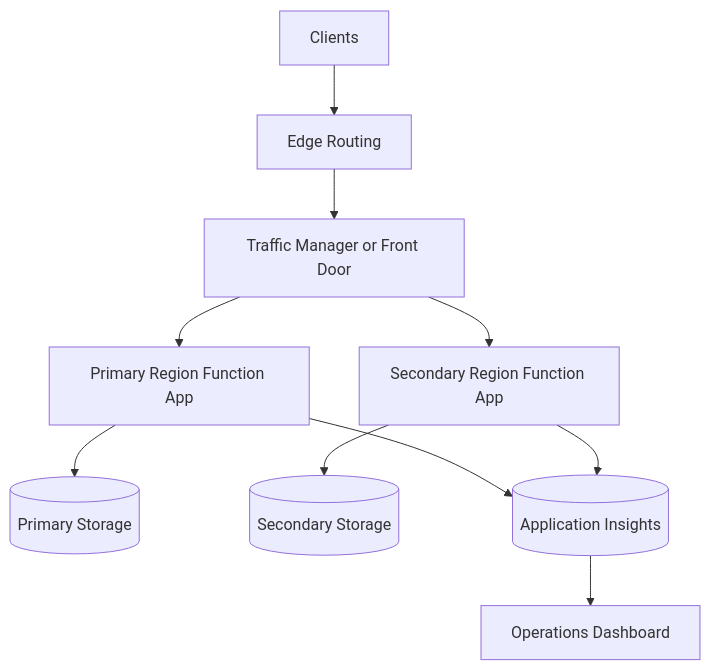
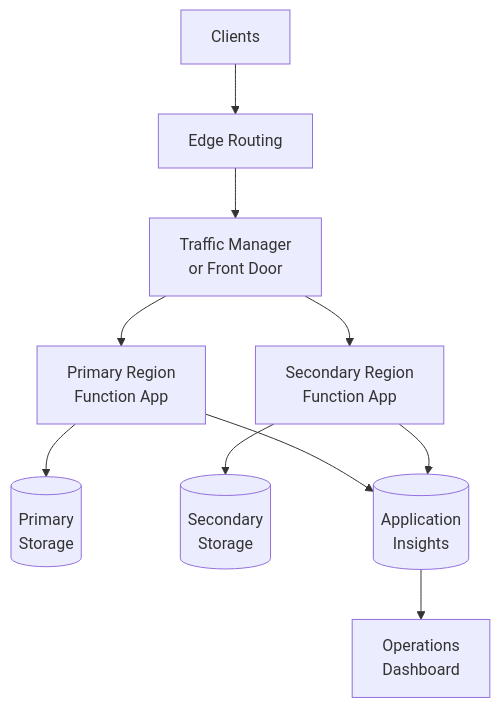
The second of 2 diagrams in docs/operations/recovery.md (yeongseon/azure-functions-practical-guide), drawn with Mermaid before and after one commit. The commit also changed other lines of this file and 1 other file, not shown here.

First line of the commit message:
docs(diagrams): improve recovery decisions and regional planning (#526)

````diff
--- a/docs/operations/recovery.md
+++ b/docs/operations/recovery.md
@@ -286,12 +319,14 @@
 ```mermaid
 flowchart TD
-    U[Clients] --> E[Edge Routing]
-    E --> TM[Traffic Manager or Front Door]
-    TM --> P[Primary Region Function App]
-    TM --> S[Secondary Region Function App]
-    P --> SP[(Primary Storage)]
-    S --> SS[(Secondary Storage)]
-    P --> AP[(Application Insights)]
+    accTitle: Regional recovery resource planning
+    accDescr: Illustrative planning associations from clients through the edge-routing choice of Traffic Manager or Front Door to primary and secondary region function apps, each with its own storage. Both apps report to a configured shared Application Insights resource used by the operations dashboard. Arrows are not packet hops, storage replication, or a guarantee that both apps process traffic simultaneously; see the reading key.
+    U[Clients] --> E["Edge Routing"]
+    E --> TM["Traffic Manager<br/>or Front Door"]
+    TM --> P["Primary Region<br/>Function App"]
+    TM --> S["Secondary Region<br/>Function App"]
+    P --> SP[("Primary<br/>Storage")]
+    S --> SS[("Secondary<br/>Storage")]
+    P --> AP[("Application<br/>Insights")]
     S --> AP
-    AP --> O[Operations Dashboard]
+    AP --> O["Operations<br/>Dashboard"]
 ```
````
